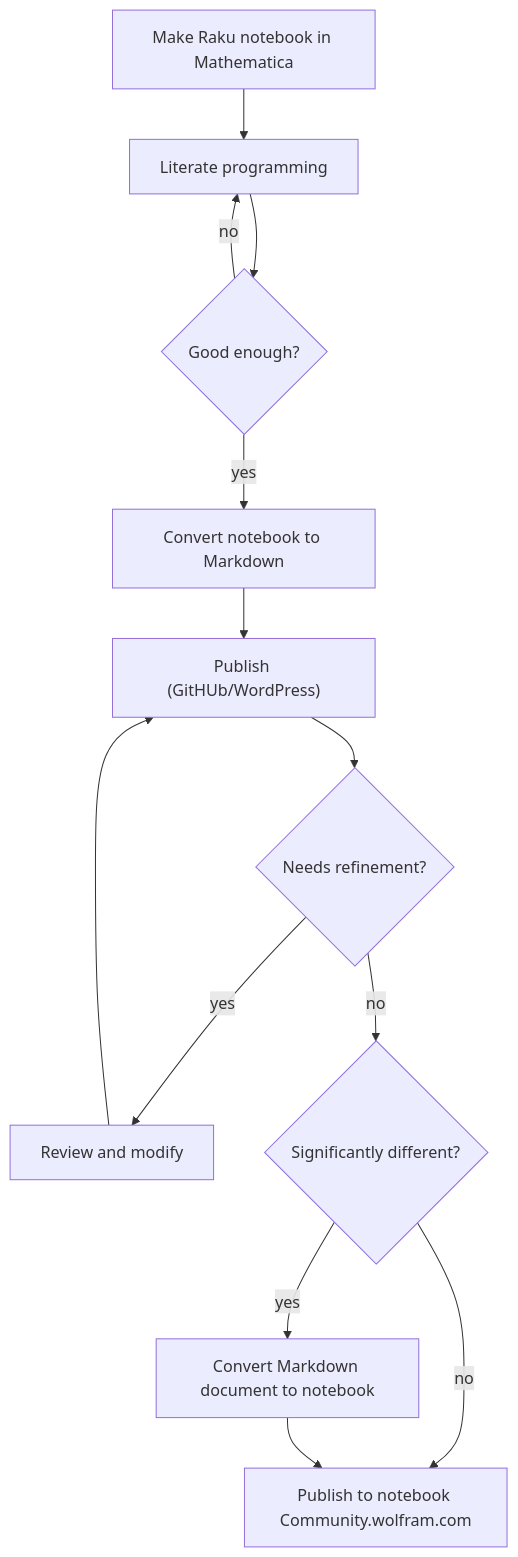
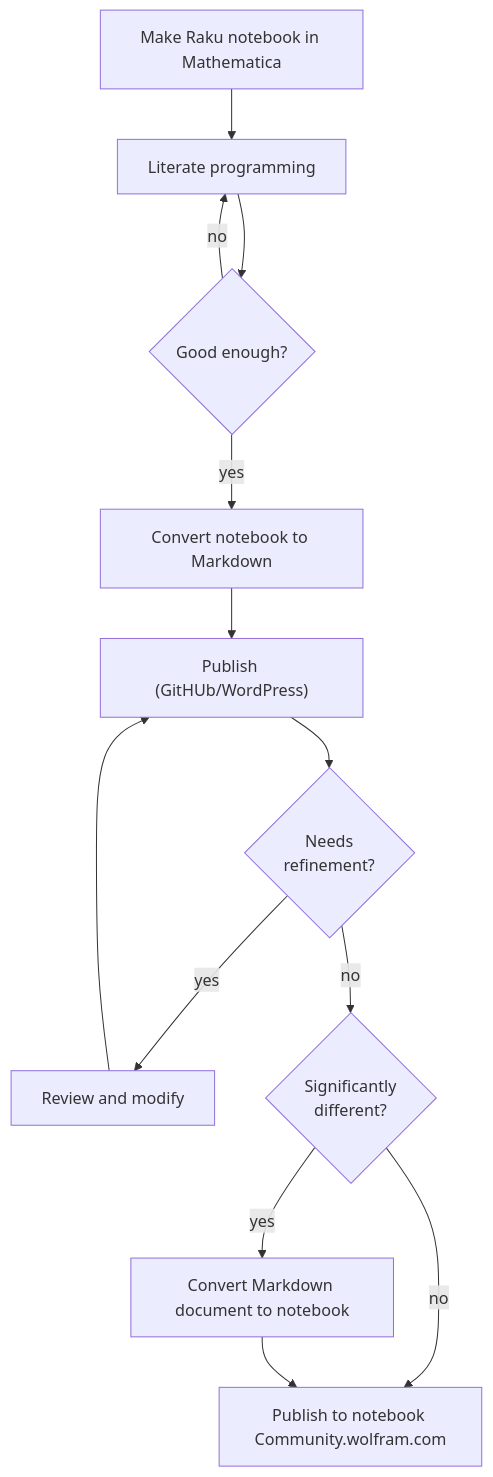
The first of 2 diagrams in README-work.md (antononcube/Raku-Markdown-Grammar), drawn with Mermaid before and after one commit. The commit also changed other lines of this file and 1 other file, not shown here.

````diff
--- a/README-work.md
+++ b/README-work.md
@@ -39,16 +39,16 @@
 ```mermaid
 graph TD
     Rnb[Make Raku notebook in Mathematica]-->LT
     LT[Literate programming]-->GE
     GE{Good enough?}-->|yes|CN
     CN[Convert notebook to Markdown]-->P
     P["Publish (GitHUb/WordPress)"]-->SP
     SP-->|yes|R
     R[Review and modify]-->P
     GE-->|no|LT
-    SP{Needs refinement?}-->|no|SD
-    SD{Significantly different?}-->|yes|CM
+    SP{Needs <br /> refinement?}-->|no|SD
+    SD{Significantly <br /> different?}-->|yes|CM
     SD-->|no|PC
     CM[Convert Markdown document to notebook]-->PC
     PC["Publish to notebook Community.wolfram.com"]   
 ```
````
